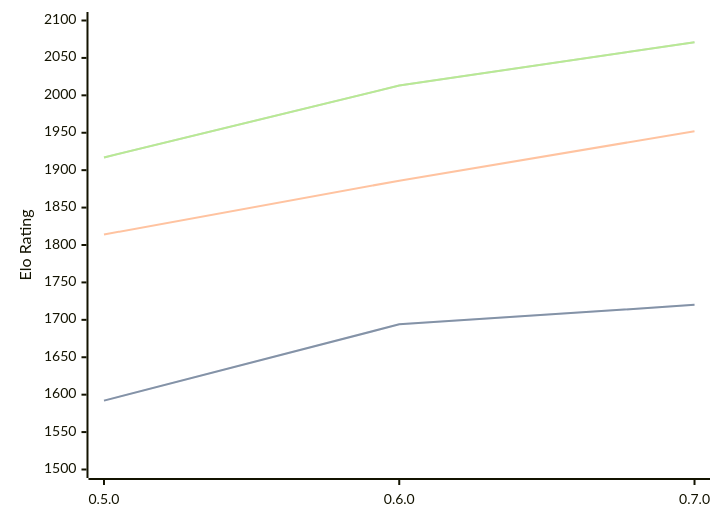
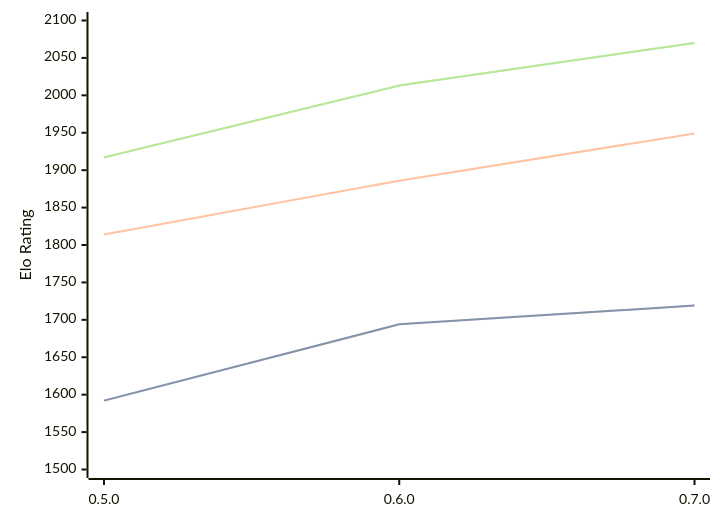
One commit to computer-chess-index/cci changed the diagram in engines/Chess-rs.md. Above: the diagram before and after it, drawn with Mermaid. The commit also changed other lines of this file, not shown here.

Commit message:
Update CCI Ratings (ELO VLTC) - 2026-04-25

````diff
--- a/engines/Chess-rs.md
+++ b/engines/Chess-rs.md
@@ -41,11 +41,11 @@
 ```mermaid
 %%{init: {"theme":"base","themeVariables":{"seriesColors:['#a3a3a3','#222221','#faa371']}}}%%
 xychart-beta
   x-axis ["0.5.0", "0.6.0", "0.7.0"]
   y-axis "Elo Rating" 1500 --> 2100
-  line "STC (8.0+0.08s)" [1592, 1694, 1720]
-  line "STC (8.0+0.08s)" [1592, 1694, 1720]
-  line "LTC (60.0+0.60s)" [1814, 1886, 1952]
-  line "VLTC (2m24s+1.12s)" [1917, 2013, 2071]
-  line "VLTC (2m24s+1.12s)" [1917, 2013, 2071]
+  line "STC (8.0+0.08s)" [1592, 1694, 1719]
+  line "STC (8.0+0.08s)" [1592, 1694, 1719]
+  line "LTC (60.0+0.60s)" [1814, 1886, 1949]
+  line "VLTC (2m24s+1.12s)" [1917, 2013, 2070]
+  line "VLTC (2m24s+1.12s)" [1917, 2013, 2070]
 ```
````
